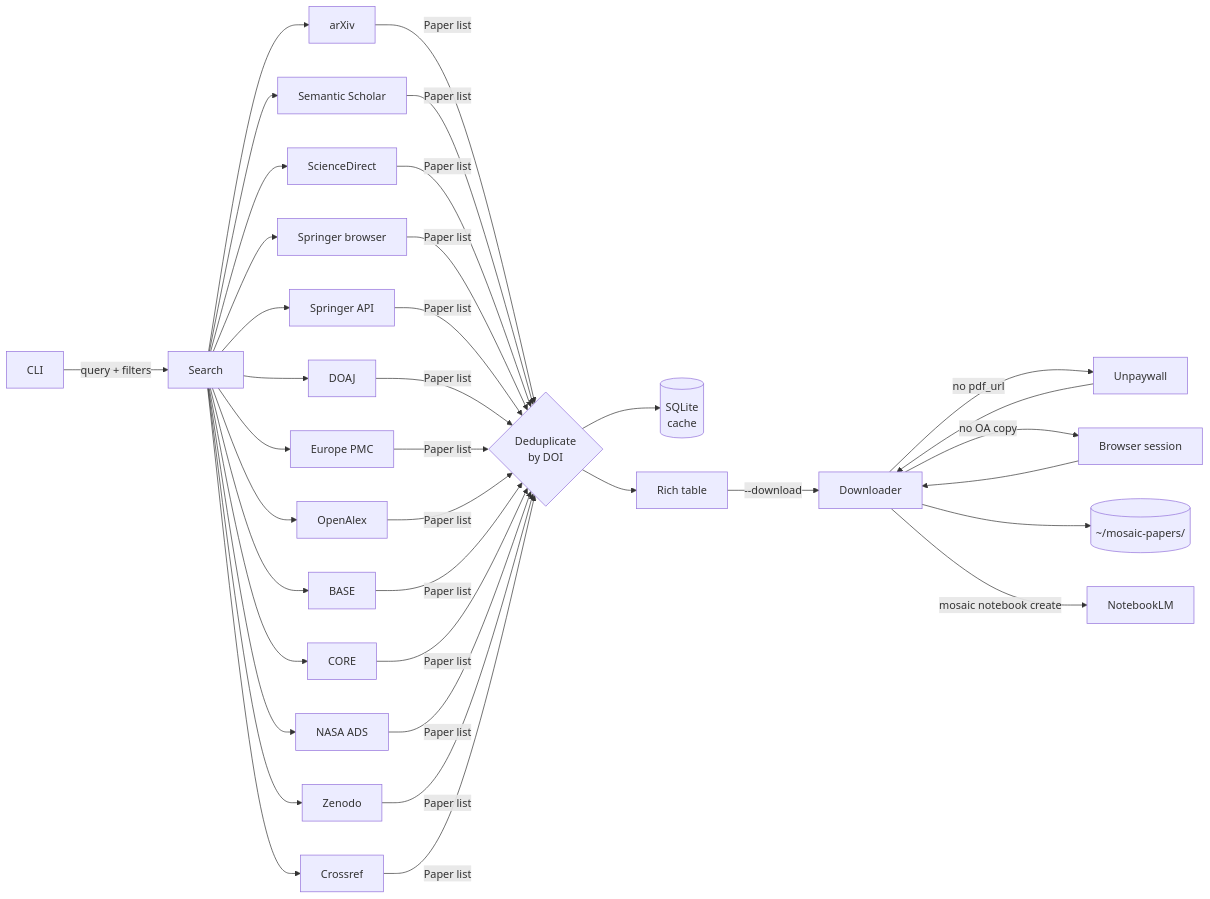
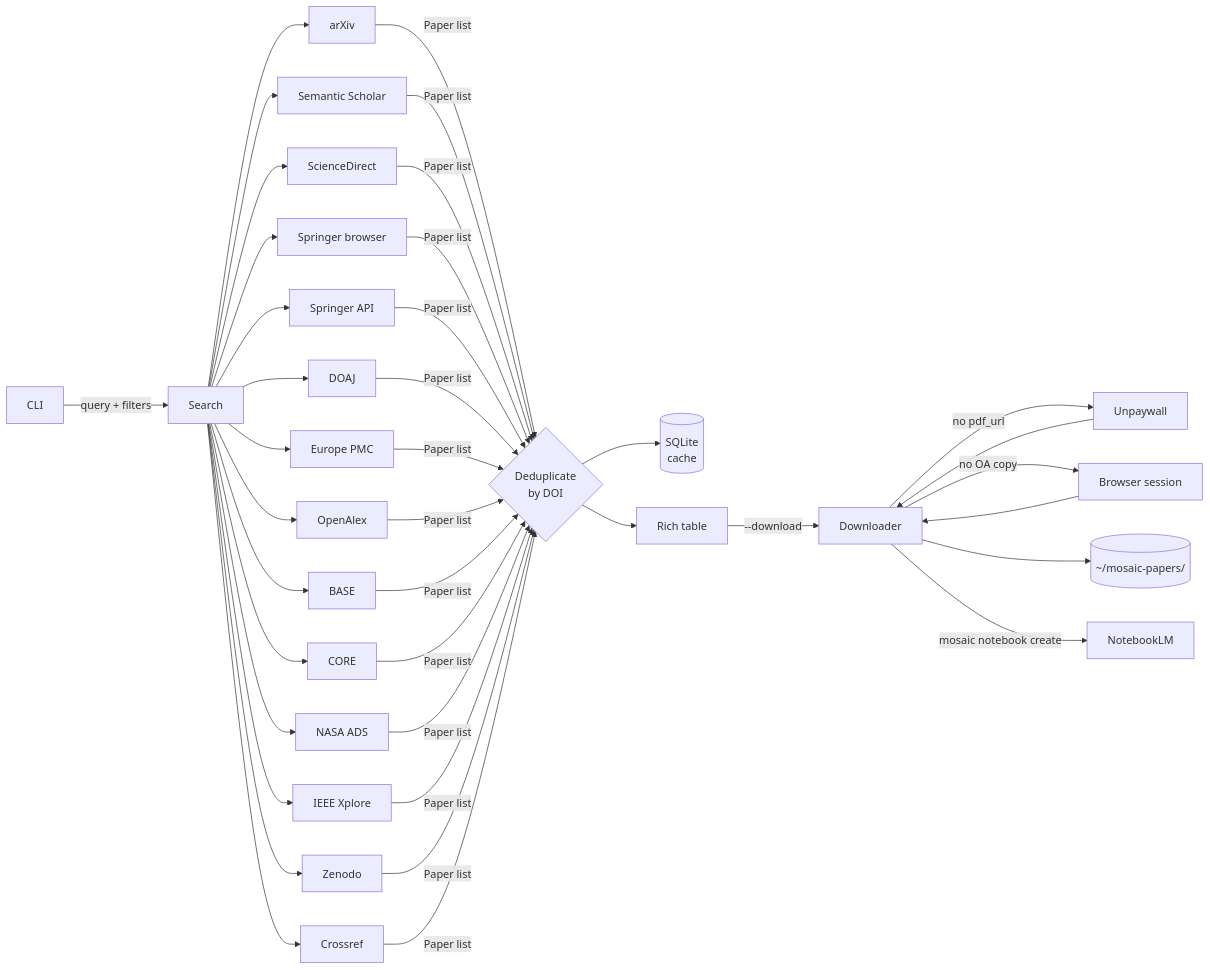
One commit to szaghi/mosaic changed the diagram in README.md. Above: the diagram before and after it, drawn with Mermaid. The commit also changed other lines of this file and 12 other files, not shown here.

First line of the commit message:
feat(sources): add IEEE Xplore search source

````diff
--- a/README.md
+++ b/README.md
@@ -234,15 +235,15 @@
 ```mermaid
 flowchart LR
     CLI -->|query + filters| Search
-    Search --> arXiv & SS[Semantic Scholar] & SD[ScienceDirect] & SP[Springer browser] & SPN[Springer API] & DOAJ & EPMC[Europe PMC] & OA[OpenAlex] & BASE & CORE & ADS[NASA ADS] & ZEN[Zenodo] & CR[Crossref]
-    arXiv & SS & SD & SP & SPN & DOAJ & EPMC & OA & BASE & CORE & ADS & ZEN & CR -->|Paper list| Dedup{Deduplicate\nby DOI}
+    Search --> arXiv & SS[Semantic Scholar] & SD[ScienceDirect] & SP[Springer browser] & SPN[Springer API] & DOAJ & EPMC[Europe PMC] & OA[OpenAlex] & BASE & CORE & ADS[NASA ADS] & IEEE[IEEE Xplore] & ZEN[Zenodo] & CR[Crossref]
+    arXiv & SS & SD & SP & SPN & DOAJ & EPMC & OA & BASE & CORE & ADS & IEEE & ZEN & CR -->|Paper list| Dedup{Deduplicate\nby DOI}
     Dedup --> Cache[(SQLite\ncache)]
     Dedup --> Table[Rich table]
     Table -->|--download| DL[Downloader]
     DL -->|no pdf_url| UPW[Unpaywall]
     UPW --> DL
     DL -->|no OA copy| AUTH[Browser session]
     AUTH --> DL
     DL --> Disk[(~/mosaic-papers/)]
     DL -->|mosaic notebook create| NLM[NotebookLM]
 ```
````
